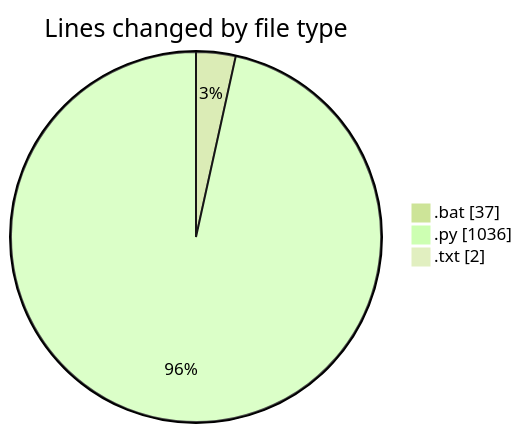
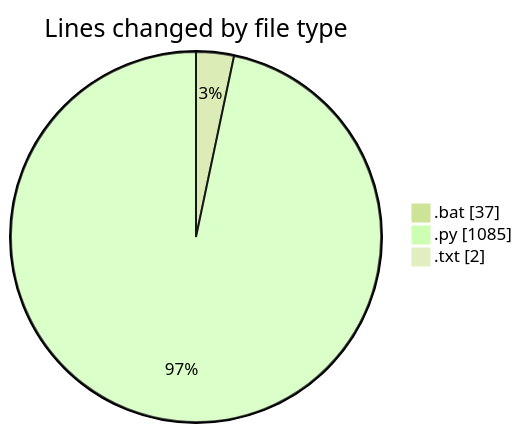
Before and after one commit to FelipKnott/code-tracking: the first of 2 diagrams in 2025-07-04/cursor/README.md, drawn with Mermaid (forest theme). The commit also changed other lines of this file and 1 other file, not shown here.

````diff
--- a/2025-07-04/cursor/README.md
+++ b/2025-07-04/cursor/README.md
@@ -35,7 +35,7 @@
 ```mermaid
 pie showData
 title Lines changed by file type
 ".bat" : 37
-".py" : 1036
+".py" : 1085
 ".txt" : 2
 ```
````
